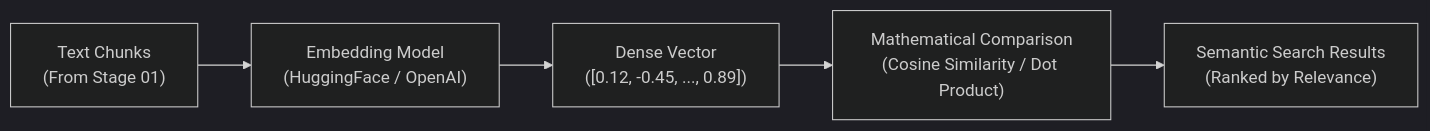
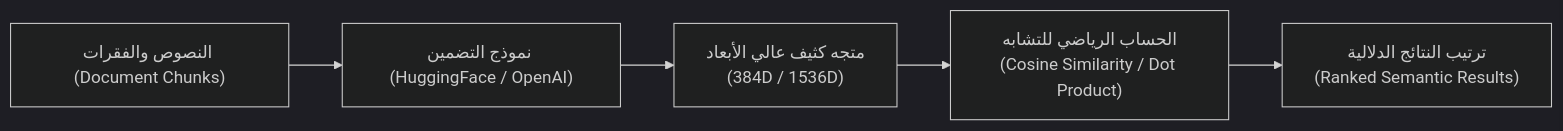
Before and after one commit to ali-abofouda/RAG-Mastery: the diagram in docs/02-vector-embeddings/README.md, drawn with Mermaid (dark theme). The commit also changed other lines of this file and 12 other files, not shown here.

Commit message:
refactor(stage-02): upgrade vector embeddings to senior code standard and conversational playground

````diff
--- a/docs/02-vector-embeddings/README.md
+++ b/docs/02-vector-embeddings/README.md
@@ -20,7 +28,7 @@
 ```mermaid
 flowchart LR
-    A["Text Chunks\n(From Stage 01)"] --> B["Embedding Model\n(HuggingFace / OpenAI)"]
-    B --> C["Dense Vector\n([0.12, -0.45, ..., 0.89])"]
-    C --> D["Mathematical Comparison\n(Cosine Similarity / Dot Product)"]
-    D --> E["Semantic Search Results\n(Ranked by Relevance)"]
+    A["النصوص والفقرات (Document Chunks)"] --> B["نموذج التضمين (HuggingFace / OpenAI)"]
+    B --> C["متجه كثيف عالي الأبعاد\n(384D / 1536D)"]
+    C --> D["الحساب الرياضي للتشابه\n(Cosine Similarity / Dot Product)"]
+    D --> E["ترتيب النتائج الدلالية\n(Ranked Semantic Results)"]
 ```
````
